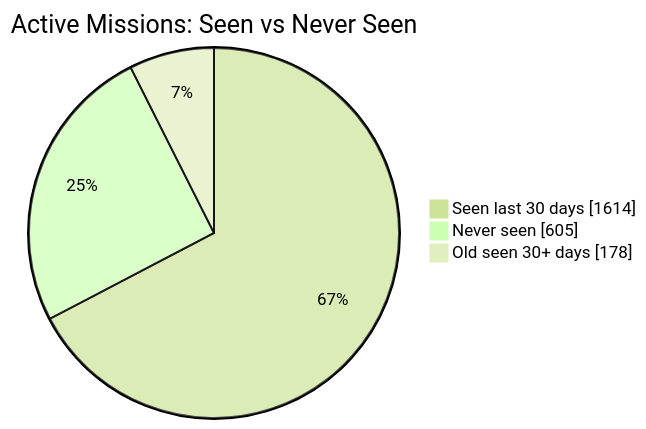
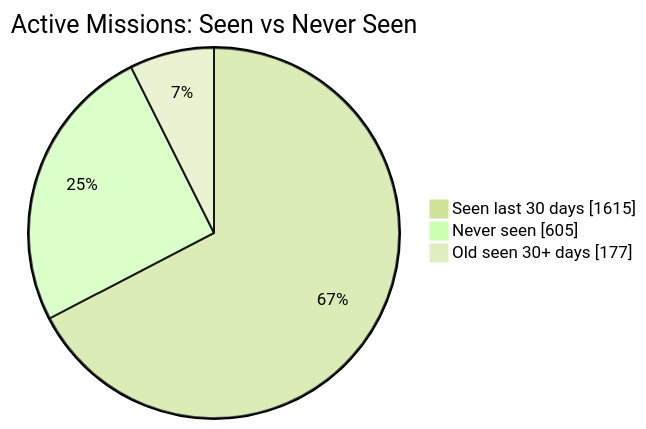
The first of 2 diagrams in README.md (MeldkamerspelGameTeam/active-missions), drawn with Mermaid (forest theme) before and after one commit. The commit also changed other lines of this file and 2 other files, not shown here.

````diff
--- a/README.md
+++ b/README.md
@@ -34,7 +34,7 @@
 ```mermaid
 pie showData
     title Active Missions: Seen vs Never Seen
-    "Seen last 30 days" : 1614
+    "Seen last 30 days" : 1615
     "Never seen" : 605
-    "Old seen 30+ days" : 178
+    "Old seen 30+ days" : 177
 ```
````
